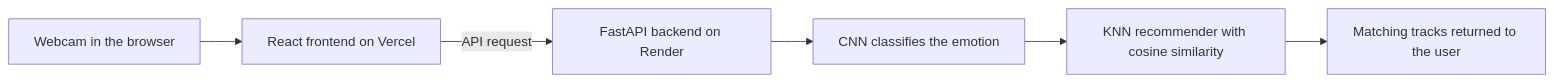
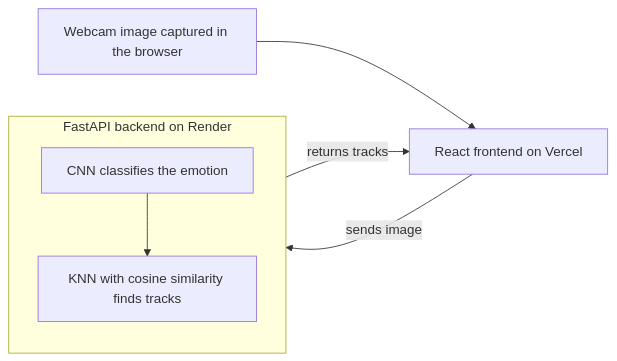
One commit to codegeekbrian/moodtune-showcase changed the diagram in README.md. Above: the diagram before and after it, drawn with Mermaid. The commit also changed other lines of this file, not shown here.

Commit message:
Adjust images and flowchart in README
Updated image sizes and modified flowchart for clarity.

````diff
--- a/README.md
+++ b/README.md
@@ -22,8 +22,9 @@
 ```mermaid
 flowchart LR
-    A[Webcam in the browser] --> B[React frontend on Vercel]
-    B -->|API request| C[FastAPI backend on Render]
-    C --> D[CNN classifies the emotion]
-    D --> E[KNN recommender with cosine similarity]
-    E --> F[Matching tracks returned to the user]
+    A[Webcam image captured in the browser] --> B[React frontend on Vercel]
+    B -->|sends image| C
+    subgraph C [FastAPI backend on Render]
+        D[CNN classifies the emotion] --> E[KNN with cosine similarity finds tracks]
+    end
+    C -->|returns tracks| B
 ```
````
